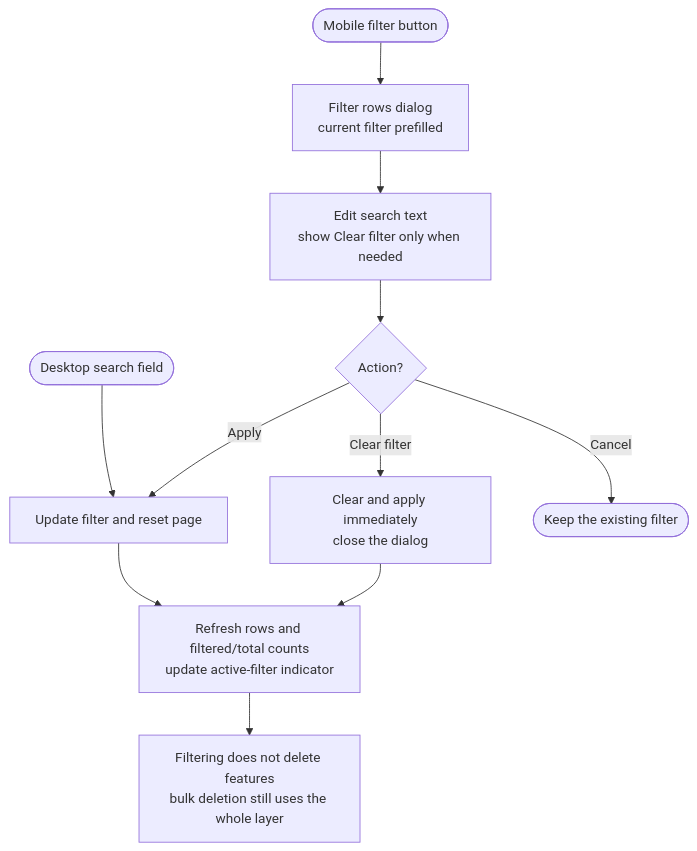
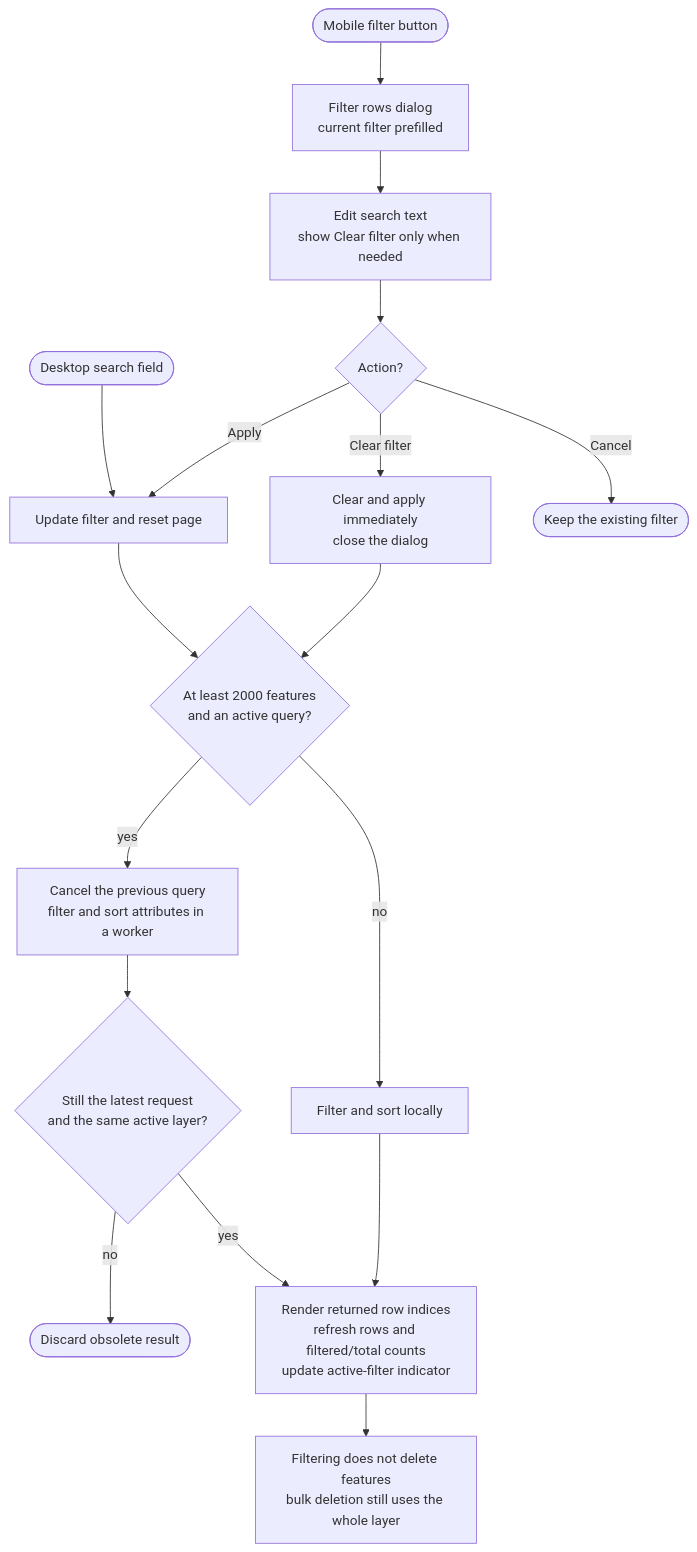
The eighth of 10 diagrams in FLOWCHART.md (telstra-joseph/geoeditor), drawn with Mermaid before and after one commit. The commit also changed other lines of this file and 25 other files, not shown here.

````diff
--- a/FLOWCHART.md
+++ b/FLOWCHART.md
@@ -232,13 +246,19 @@
 ```mermaid
 flowchart TD
     Desktop(["Desktop search field"]) --> Apply["Update filter and reset page"]
     Mobile(["Mobile filter button"]) --> Dialog["Filter rows dialog<br/>current filter prefilled"]
     Dialog --> Draft["Edit search text<br/>show Clear filter only when needed"]
     Draft --> Action{"Action?"}
     Action -->|"Apply"| Apply
     Action -->|"Clear filter"| Clear["Clear and apply immediately<br/>close the dialog"]
     Action -->|"Cancel"| Keep(["Keep the existing filter"])
-    Apply --> Render["Refresh rows and filtered/total counts<br/>update active-filter indicator"]
-    Clear --> Render
+    Apply --> Size{"At least 2000 features<br/>and an active query?"}
+    Clear --> Size
+    Size -->|"yes"| Worker["Cancel the previous query<br/>filter and sort attributes in a worker"]
+    Size -->|"no"| Local["Filter and sort locally"]
+    Worker --> Latest{"Still the latest request<br/>and the same active layer?"}
+    Latest -->|"no"| Ignore(["Discard obsolete result"])
+    Latest -->|"yes"| Render["Render returned row indices<br/>refresh rows and filtered/total counts<br/>update active-filter indicator"]
+    Local --> Render
     Render --> Note["Filtering does not delete features<br/>bulk deletion still uses the whole layer"]
 ```
````
